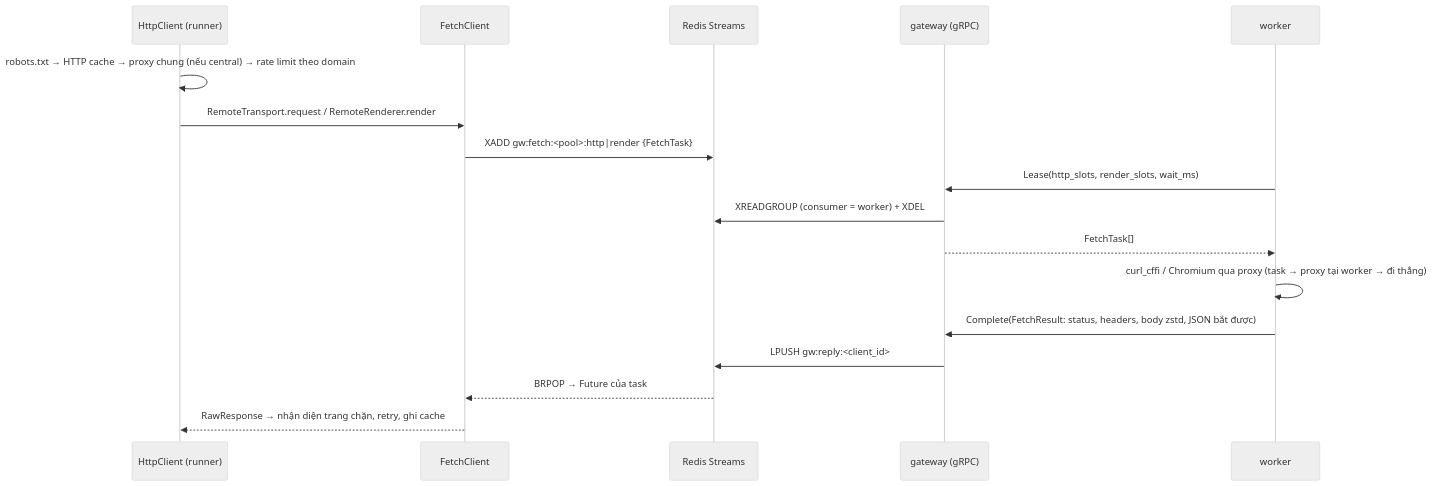
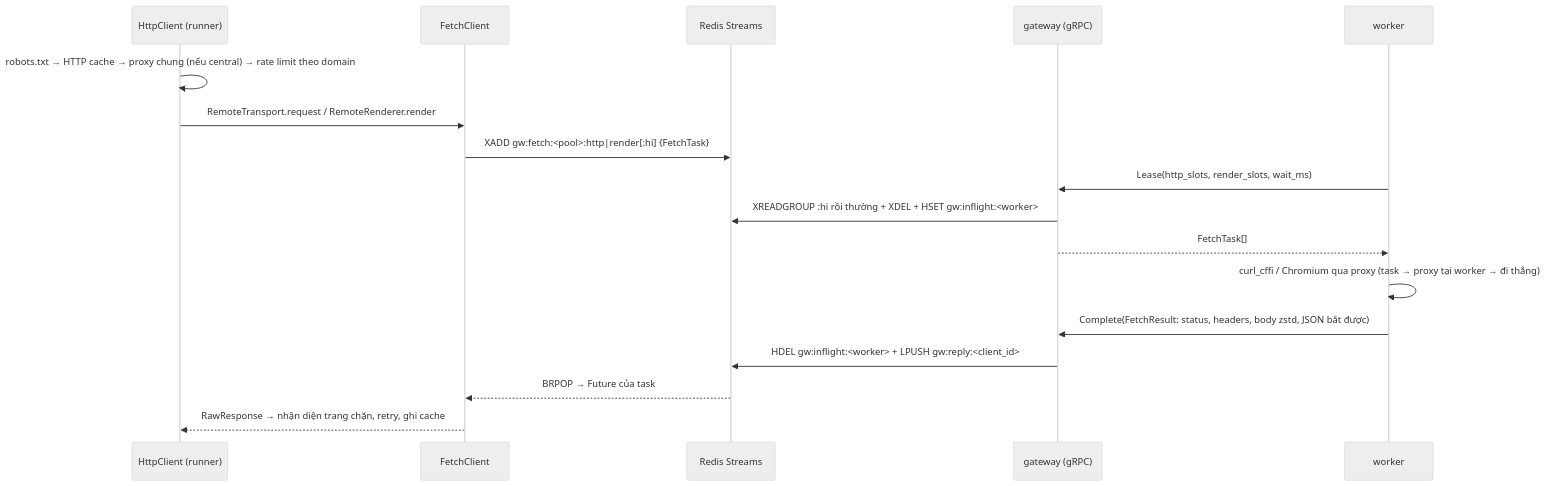
Before and after one commit to ntthanh2603/job-crawler: the fourth of 5 diagrams in docs/ARCHITECTURE.md, drawn with Mermaid (neutral theme). The commit also changed other lines of this file and 17 other files, not shown here.

````diff
--- a/docs/ARCHITECTURE.md
+++ b/docs/ARCHITECTURE.md
@@ -334,19 +334,19 @@
 ```mermaid
 sequenceDiagram
   participant H as HttpClient (runner)
   participant F as FetchClient
   participant R as Redis Streams
   participant G as gateway (gRPC)
   participant W as worker
   H->>H: robots.txt → HTTP cache → proxy chung (nếu central) → rate limit theo domain
   H->>F: RemoteTransport.request / RemoteRenderer.render
-  F->>R: XADD gw:fetch:<pool>:http|render {FetchTask}
+  F->>R: XADD gw:fetch:<pool>:http|render[:hi] {FetchTask}
   W->>G: Lease(http_slots, render_slots, wait_ms)
-  G->>R: XREADGROUP (consumer = worker) + XDEL
+  G->>R: XREADGROUP :hi rồi thường + XDEL + HSET gw:inflight:<worker>
   G-->>W: FetchTask[]
   W->>W: curl_cffi / Chromium qua proxy (task → proxy tại worker → đi thẳng)
   W->>G: Complete(FetchResult: status, headers, body zstd, JSON bắt được)
-  G->>R: LPUSH gw:reply:<client_id>
+  G->>R: HDEL gw:inflight:<worker> + LPUSH gw:reply:<client_id>
   R-->>F: BRPOP → Future của task
   F-->>H: RawResponse → nhận diện trang chặn, retry, ghi cache
 ```
````
